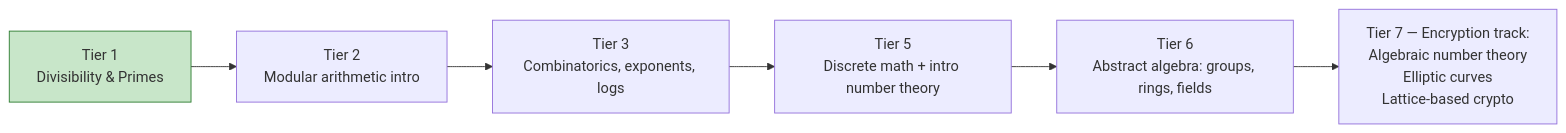
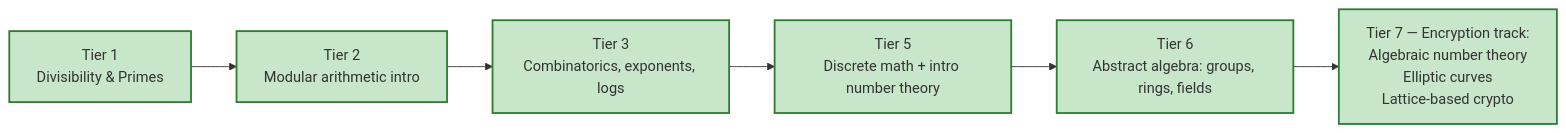
One commit to rajeshpillai/applied-maths changed the diagram in applied-bridges/encryption.qmd. Above: the diagram before and after it, drawn with Mermaid. The commit also changed other lines of this file and 5 other files, not shown here.

````diff
--- a/applied-bridges/encryption.qmd
+++ b/applied-bridges/encryption.qmd
@@ -20,11 +21,11 @@
 ```{mermaid}
 flowchart LR
     A[Tier 1<br/>Divisibility & Primes] --> B[Tier 2<br/>Modular arithmetic intro]
     B --> C[Tier 3<br/>Combinatorics, exponents, logs]
     C --> D[Tier 5<br/>Discrete math + intro number theory]
     D --> E[Tier 6<br/>Abstract algebra: groups, rings, fields]
     E --> F[Tier 7 — Encryption track:<br/>Algebraic number theory<br/>Elliptic curves<br/>Lattice-based crypto]
 
-    classDef built fill:#c8e6c9,stroke:#2e7d32
-    class A built
+    classDef built fill:#c8e6c9,stroke:#2e7d32,stroke-width:2px
+    class A,B,C,D,E,F built
 ```
````
